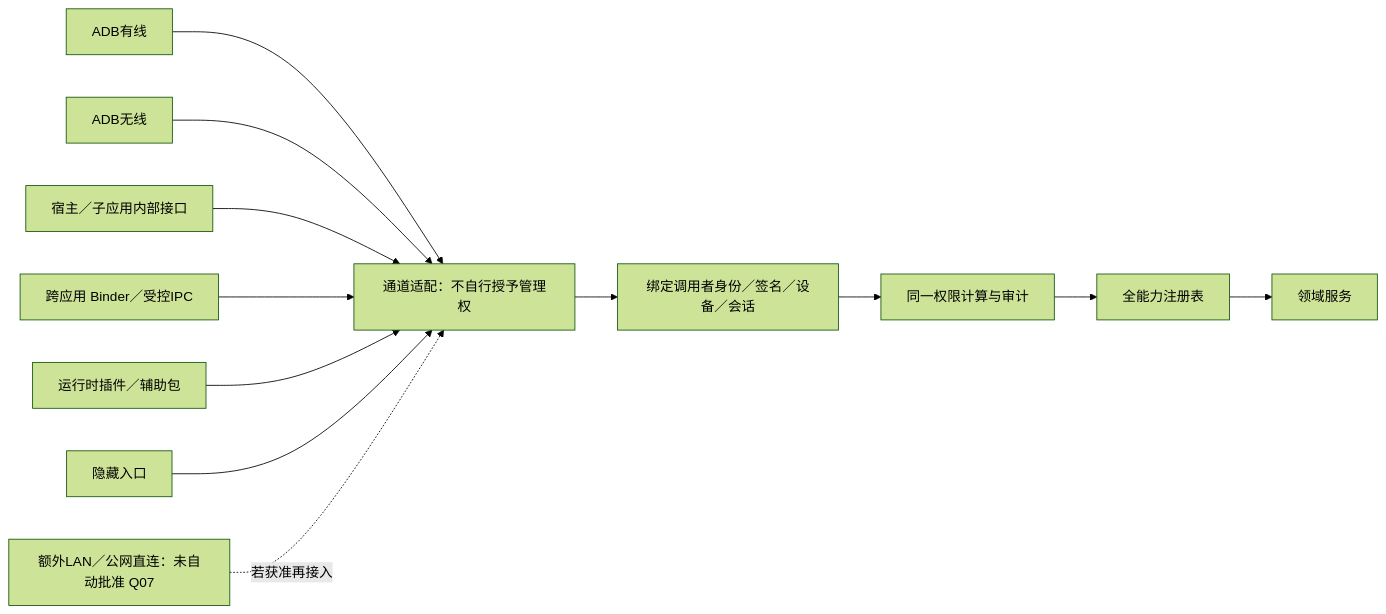
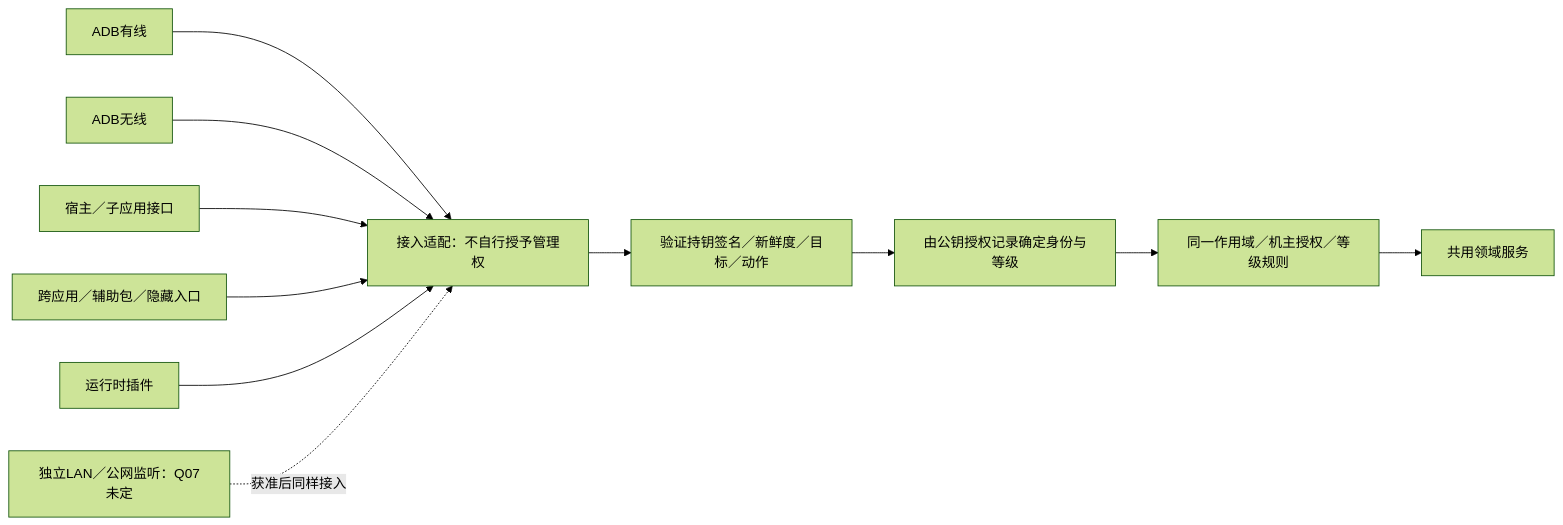
Before and after one commit to 13513208952/ReBrowser: the first of 3 diagrams in planning/geckoview-v2/views/03-entrypoints-and-plugins.md, drawn with Mermaid (forest theme). The commit also changed other lines of this file and 25 other files, not shown here.

````diff
--- a/planning/geckoview-v2/views/03-entrypoints-and-plugins.md
+++ b/planning/geckoview-v2/views/03-entrypoints-and-plugins.md
@@ -3,14 +3,13 @@
 ```mermaid
 flowchart LR
-  USB[ADB有线] --> ADAPTER[通道适配：不自行授予管理权]
+  USB[ADB有线] --> ADAPTER[接入适配：不自行授予管理权]
   WIFI[ADB无线] --> ADAPTER
-  LOCAL[宿主／子应用内部接口] --> ADAPTER
-  IPC[跨应用 Binder／受控IPC] --> ADAPTER
-  DYN[运行时插件／辅助包] --> ADAPTER
-  HIDDEN[隐藏入口] --> ADAPTER
-  ADAPTER --> CALLER[绑定调用者身份／签名／设备／会话]
-  CALLER --> POLICY[同一权限计算与审计]
-  POLICY --> REGISTRY[全能力注册表]
-  REGISTRY --> DOMAIN[领域服务]
-  NET[额外LAN／公网直连：未自动批准 Q07] -. 若获准再接入 .-> ADAPTER
+  LOCAL[宿主／子应用接口] --> ADAPTER
+  IPC[跨应用／辅助包／隐藏入口] --> ADAPTER
+  DYN[运行时插件] --> ADAPTER
+  ADAPTER --> PROOF[验证持钥签名／新鲜度／目标／动作]
+  PROOF --> ID[由公钥授权记录确定身份与等级]
+  ID --> POLICY[同一作用域／机主授权／等级规则]
+  POLICY --> DOMAIN[共用领域服务]
+  NET[独立LAN／公网监听：Q07未定] -. 获准后同样接入 .-> ADAPTER
 ```
````
